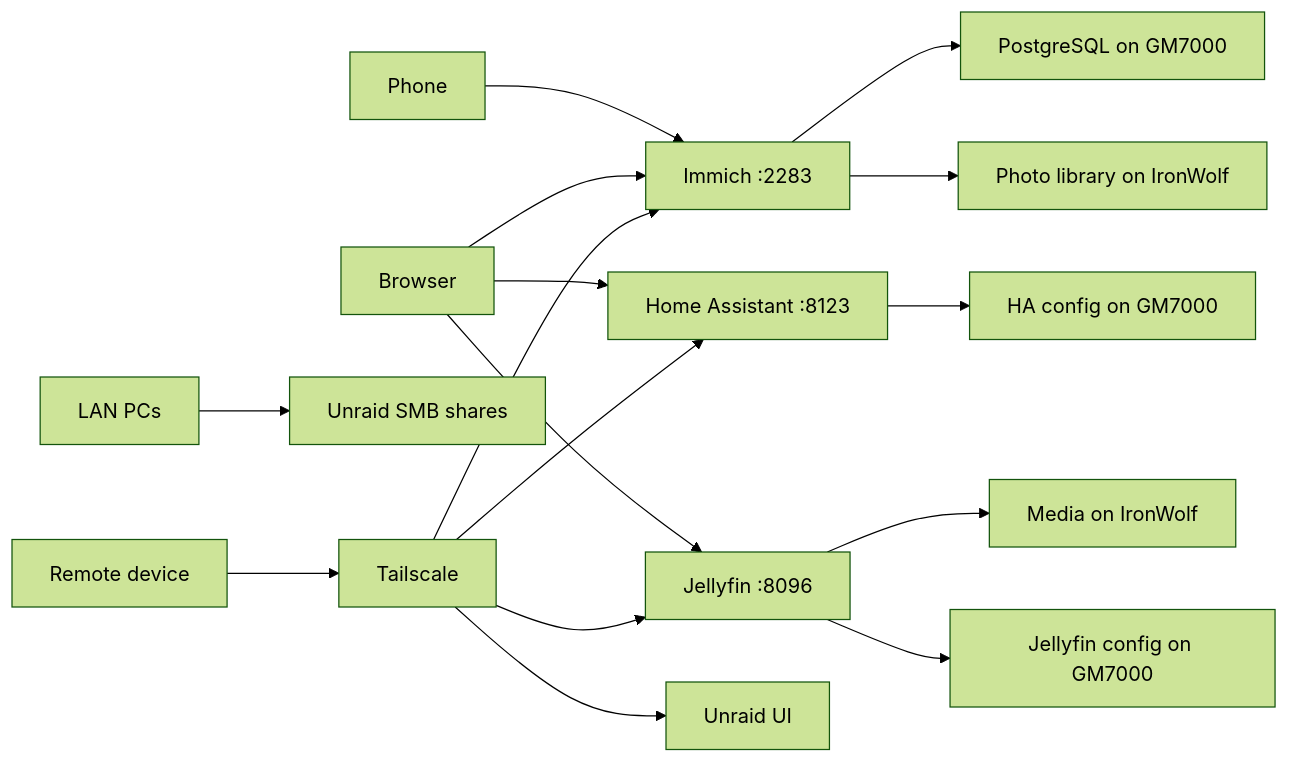
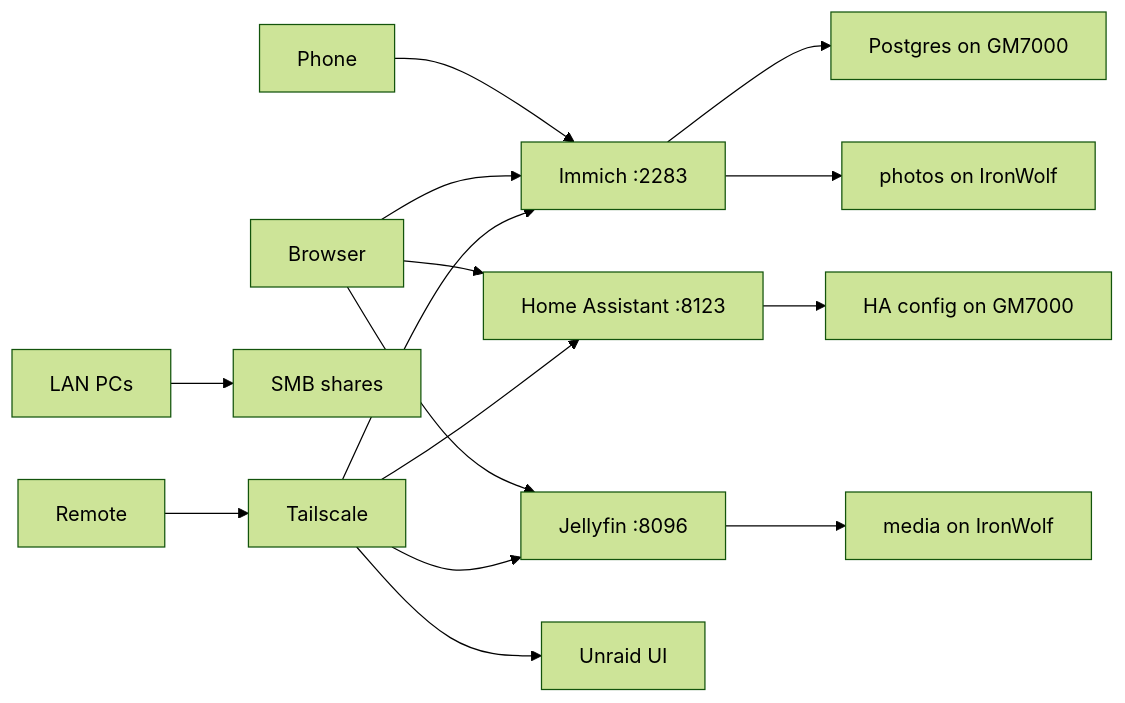
Before and after one commit to brianperreras/brian-home-server: the third of 3 diagrams in diagrams/architecture.md, drawn with Mermaid (forest theme). The commit also changed other lines of this file and 14 other files, not shown here.

First line of the commit message:
Update documentation to clarify setup order and improve chapter flow.

````diff
--- a/diagrams/architecture.md
+++ b/diagrams/architecture.md
@@ -16,18 +31,17 @@
 ```mermaid
 flowchart LR
     PHONE[Phone] --> IMMICH[Immich :2283]
     BROWSER[Browser] --> IMMICH
     BROWSER --> HA[Home Assistant :8123]
     BROWSER --> JF[Jellyfin :8096]
-    LAN[LAN PCs] --> SMB[Unraid SMB shares]
-    IMMICH --> PG[PostgreSQL on GM7000]
-    IMMICH --> LIB[Photo library on IronWolf]
-    JF --> MEDIA[Media on IronWolf]
-    JF --> JFC[Jellyfin config on GM7000]
+    LAN[LAN PCs] --> SMB[SMB shares]
+    IMMICH --> PG[Postgres on GM7000]
+    IMMICH --> LIB[photos on IronWolf]
+    JF --> MEDIA[media on IronWolf]
     HA --> CFG[HA config on GM7000]
-    REMOTE[Remote device] --> TS[Tailscale]
+    REMOTE[Remote] --> TS[Tailscale]
     TS --> IMMICH
     TS --> HA
     TS --> JF
     TS --> UNRAID[Unraid UI]
 ```
````
